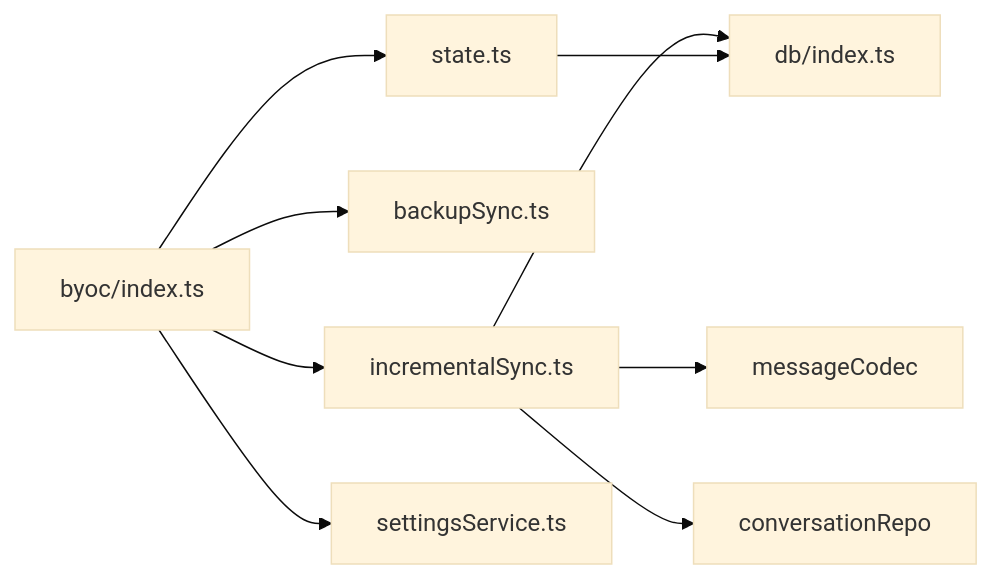
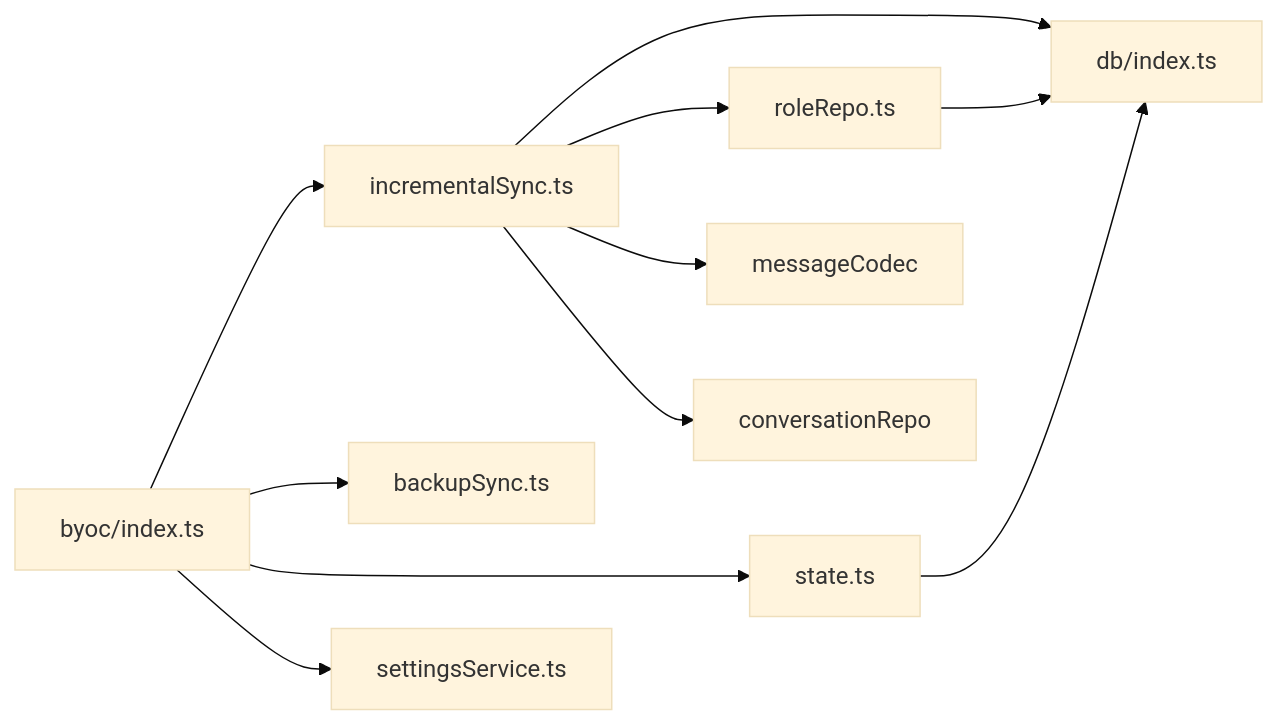
Before and after one commit to billye220670/AIShop: the fifth of 5 diagrams in .qoder/repowiki/zh/content/数据持久化/BYOC云同步系统.md, drawn with Mermaid (base theme). The commit also changed other lines of this file and 32 other files, not shown here.

````diff
--- a/.qoder/repowiki/zh/content/数据持久化/BYOC云同步系统.md
+++ b/.qoder/repowiki/zh/content/数据持久化/BYOC云同步系统.md
@@ -236,11 +275,13 @@
 ```mermaid
 graph LR
 IDX["byoc/index.ts"] --> INC["incrementalSync.ts"]
 IDX --> BAK["backupSync.ts"]
 IDX --> ST["state.ts"]
 IDX --> CFG["settingsService.ts"]
 INC --> DB["db/index.ts"]
+INC --> ROLE["roleRepo.ts"]
 INC --> MSGC["messageCodec"]
 INC --> CONV["conversationRepo"]
 ST --> DB
+ROLE --> DB
 ```
````
